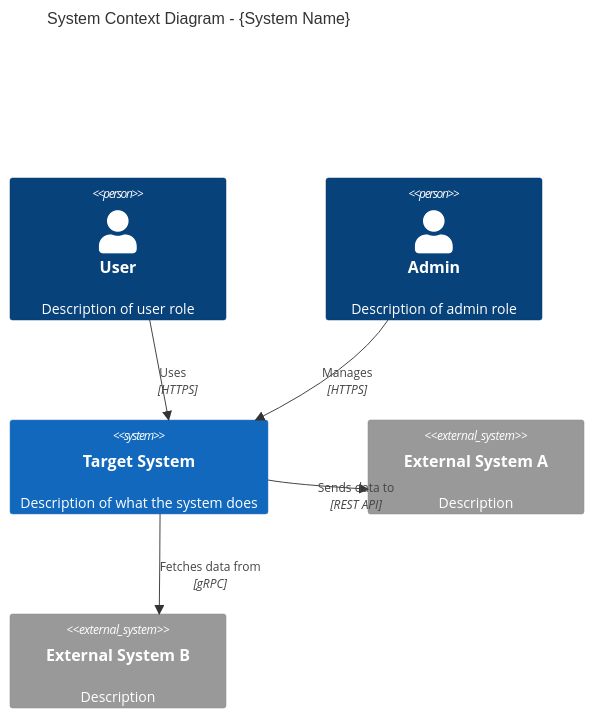
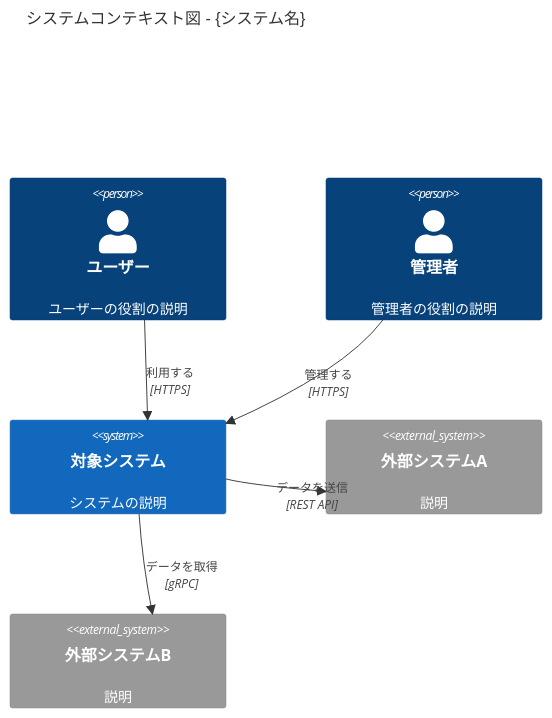
The first of 3 diagrams in plugins/spec-plugin/skills/system-design/assets/templates/c4-model.md (DIO0550/d-market), drawn with Mermaid before and after one commit. The commit also changed other lines of this file and 16 other files, not shown here.

First line of the commit message:
🌐 [Enhancement]: 全仕様書スキル（feature-spec/api-spec/system-design）を日本語化

````diff
--- a/plugins/spec-plugin/skills/system-design/assets/templates/c4-model.md
+++ b/plugins/spec-plugin/skills/system-design/assets/templates/c4-model.md
@@ -18,17 +18,17 @@
 ```mermaid
 C4Context
-    title System Context Diagram - {System Name}
+    title システムコンテキスト図 - {システム名}
 
-    Person(user, "User", "Description of user role")
-    Person(admin, "Admin", "Description of admin role")
+    Person(user, "ユーザー", "ユーザーの役割の説明")
+    Person(admin, "管理者", "管理者の役割の説明")
 
-    System(system, "Target System", "Description of what the system does")
+    System(system, "対象システム", "システムの説明")
 
-    System_Ext(extA, "External System A", "Description")
-    System_Ext(extB, "External System B", "Description")
+    System_Ext(extA, "外部システムA", "説明")
+    System_Ext(extB, "外部システムB", "説明")
 
-    Rel(user, system, "Uses", "HTTPS")
-    Rel(admin, system, "Manages", "HTTPS")
-    Rel(system, extA, "Sends data to", "REST API")
-    Rel(system, extB, "Fetches data from", "gRPC")
+    Rel(user, system, "利用する", "HTTPS")
+    Rel(admin, system, "管理する", "HTTPS")
+    Rel(system, extA, "データを送信", "REST API")
+    Rel(system, extB, "データを取得", "gRPC")
 ```
````
